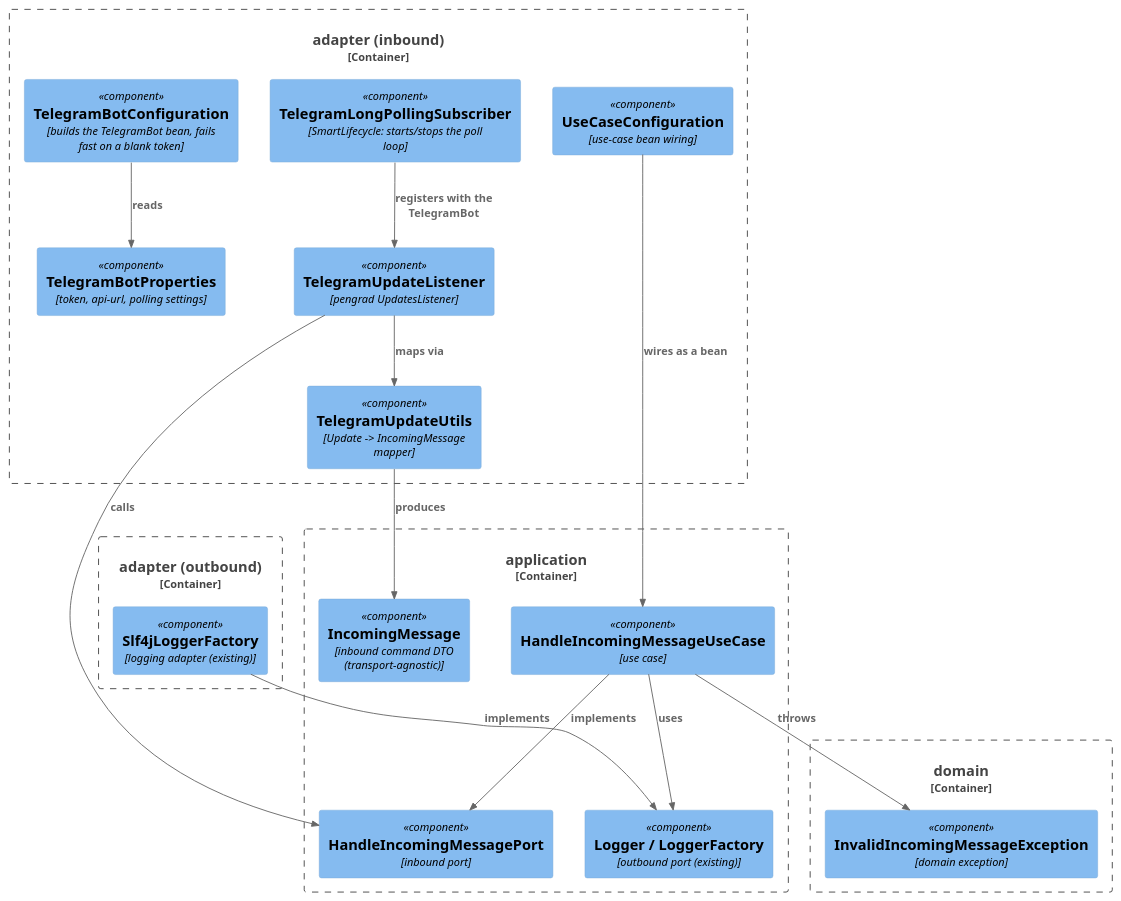
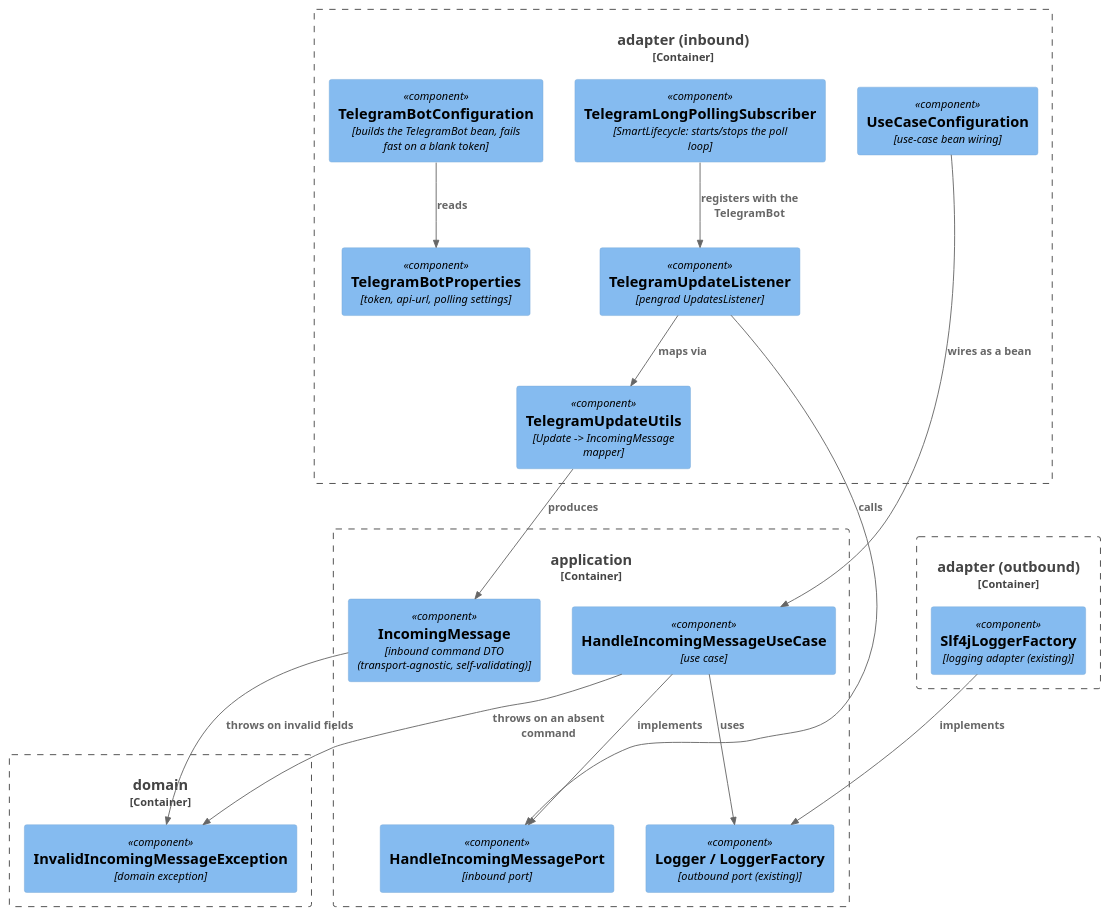
One commit to ds-usova/finance-bot changed the first of 2 diagrams in docs/1-plan-telegram-update-listener.md. Above: the diagram before and after it, drawn with PlantUML. The commit also changed other lines of this file and 22 other files, not shown here.

````diff
--- a/docs/1-plan-telegram-update-listener.md
+++ b/docs/1-plan-telegram-update-listener.md
@@ -202,37 +205,38 @@
 ```plantuml
 @startuml
 !include <C4/C4_Component>
 
 Container_Boundary(domain, "domain") {
   Component(invalidMessageException, "InvalidIncomingMessageException", "domain exception")
 }
 Container_Boundary(application, "application") {
-  Component(incomingMessage, "IncomingMessage", "inbound command DTO (transport-agnostic)")
+  Component(incomingMessage, "IncomingMessage", "inbound command DTO (transport-agnostic, self-validating)")
   Component(handlePort, "HandleIncomingMessagePort", "inbound port")
   Component(handleUseCase, "HandleIncomingMessageUseCase", "use case")
   Component(loggerPort, "Logger / LoggerFactory", "outbound port (existing)")
 }
 Container_Boundary(inboundAdapter, "adapter (inbound)") {
   Component(subscriber, "TelegramLongPollingSubscriber", "SmartLifecycle: starts/stops the poll loop")
   Component(listener, "TelegramUpdateListener", "pengrad UpdatesListener")
   Component(updateUtils, "TelegramUpdateUtils", "Update -> IncomingMessage mapper")
   Component(botConfig, "TelegramBotConfiguration", "builds the TelegramBot bean, fails fast on a blank token")
   Component(botProperties, "TelegramBotProperties", "token, api-url, polling settings")
   Component(useCaseConfig, "UseCaseConfiguration", "use-case bean wiring")
 }
 Container_Boundary(outboundAdapter, "adapter (outbound)") {
   Component(slf4jLoggerFactory, "Slf4jLoggerFactory", "logging adapter (existing)")
 }
 
 Rel(subscriber, listener, "registers with the TelegramBot")
 Rel(listener, updateUtils, "maps via")
 Rel(updateUtils, incomingMessage, "produces")
 Rel(listener, handlePort, "calls")
 Rel(handleUseCase, handlePort, "implements")
-Rel(handleUseCase, invalidMessageException, "throws")
+Rel(incomingMessage, invalidMessageException, "throws on invalid fields")
+Rel(handleUseCase, invalidMessageException, "throws on an absent command")
 Rel(useCaseConfig, handleUseCase, "wires as a bean")
 Rel(botConfig, botProperties, "reads")
 Rel(handleUseCase, loggerPort, "uses")
 Rel(slf4jLoggerFactory, loggerPort, "implements")
 @enduml
 ```
````
